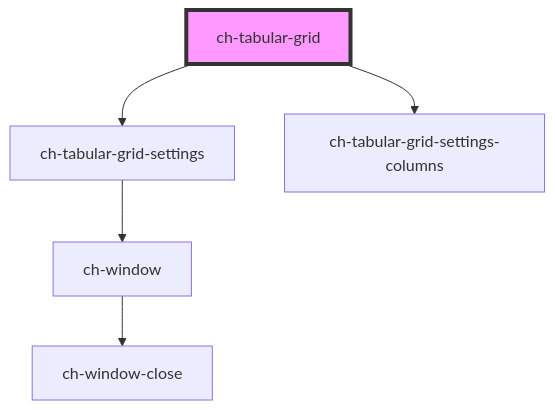
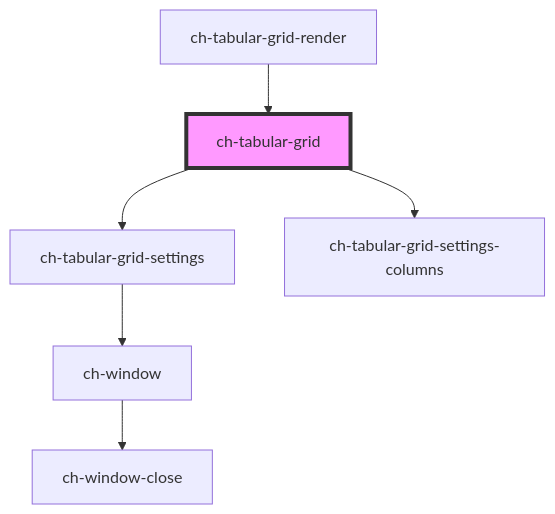
The diagram in src/components/tabular-grid/readme.md (genexuslabs/chameleon-controls-library), drawn with Mermaid before and after one commit. The commit also changed other lines of this file and 5 other files, not shown here.

````diff
--- a/src/components/tabular-grid/readme.md
+++ b/src/components/tabular-grid/readme.md
@@ -327,8 +331,9 @@
 ```mermaid
 graph TD;
   ch-tabular-grid --> ch-tabular-grid-settings
   ch-tabular-grid --> ch-tabular-grid-settings-columns
   ch-tabular-grid-settings --> ch-window
   ch-window --> ch-window-close
+  ch-tabular-grid-render --> ch-tabular-grid
   style ch-tabular-grid fill:#f9f,stroke:#333,stroke-width:4px
 ```
````
